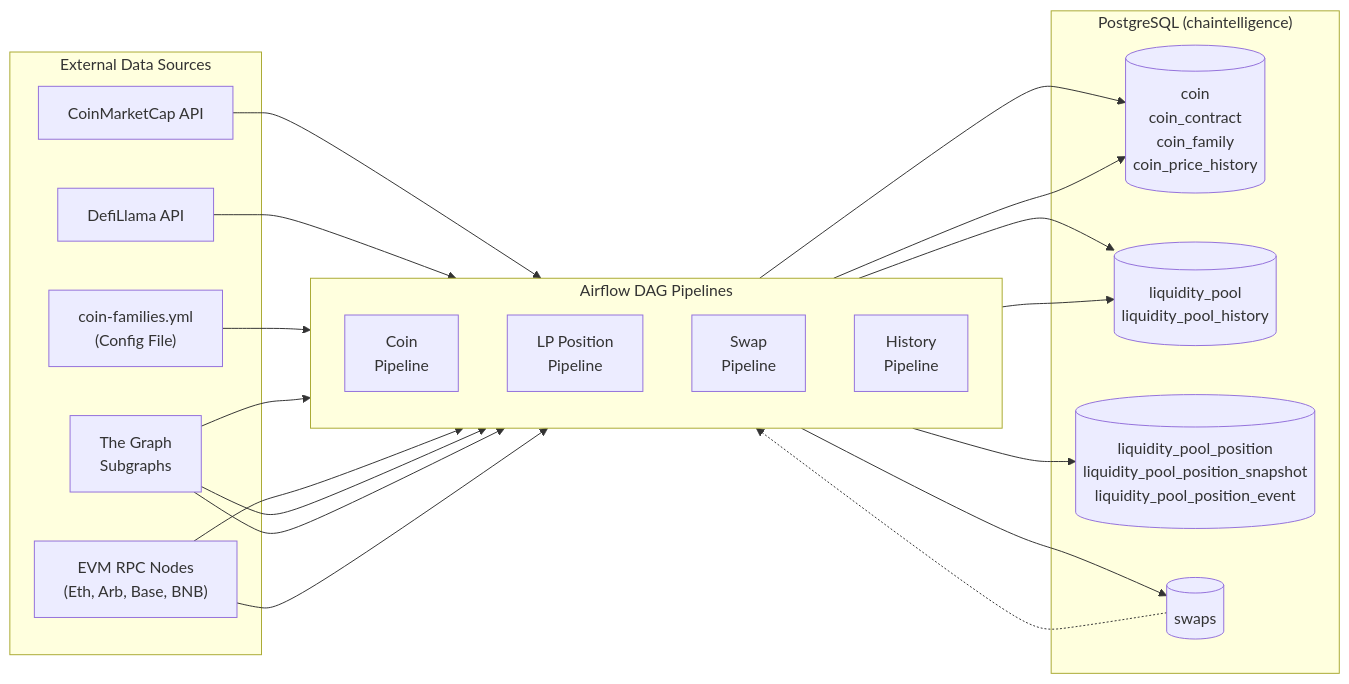
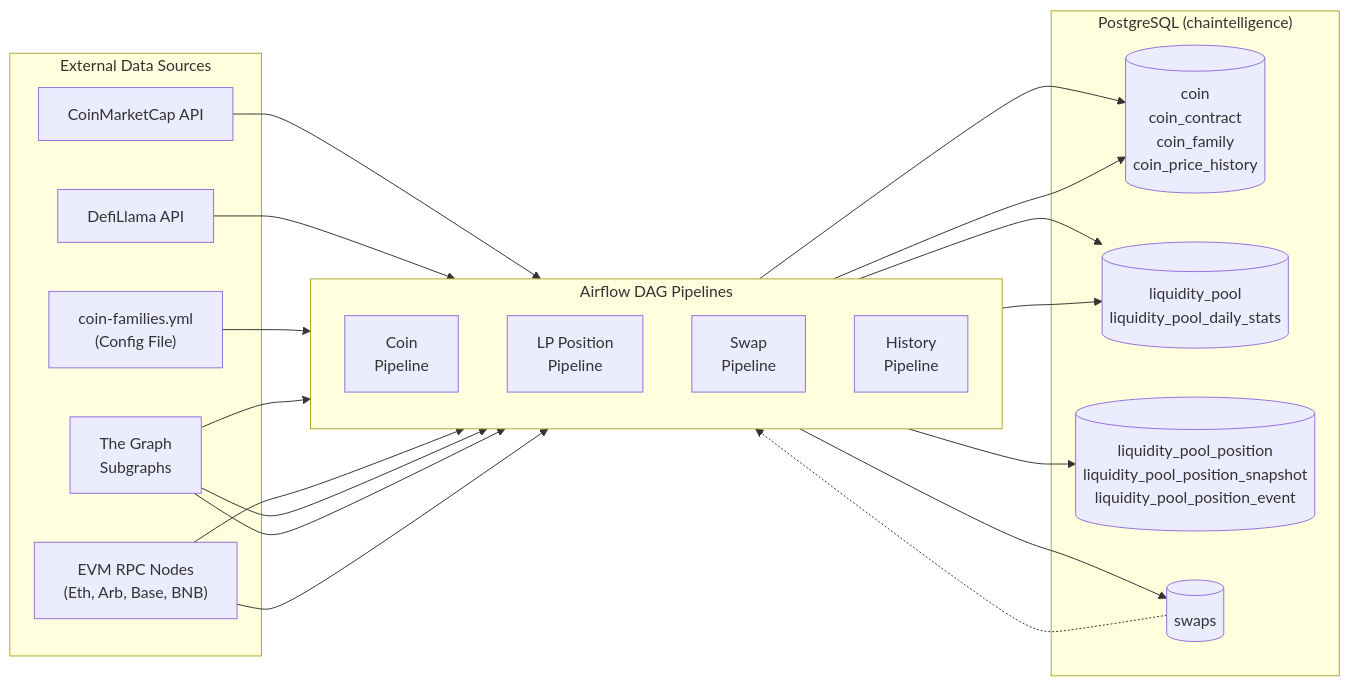
Before and after one commit to bekisz/chaintelligence: the first of 6 diagrams in chain-feeder/docs/DAGS.md, drawn with Mermaid. The commit also changed other lines of this file and 76 other files, not shown here.

Commit message:
feat: daily-stats window_stats/apr in object model, DAG renames to daily_stats, and routing refinements

````diff
--- a/chain-feeder/docs/DAGS.md
+++ b/chain-feeder/docs/DAGS.md
@@ -7,44 +7,44 @@
 ```mermaid
 graph LR
     subgraph External["External Data Sources"]
         CMC["CoinMarketCap API"]
         DL["DefiLlama API"]
         GRF["The Graph<br/>Subgraphs"]
         RPC["EVM RPC Nodes<br/>(Eth, Arb, Base, BNB)"]
         YAML["coin-families.yml<br/>(Config File)"]
     end
 
     subgraph Pipelines["Airflow DAG Pipelines"]
         direction TB
         COIN["Coin<br/>Pipeline"]
         LP["LP Position<br/>Pipeline"]
         SWAP["Swap<br/>Pipeline"]
         HIST["History<br/>Pipeline"]
     end
 
     subgraph DB["PostgreSQL (chaintelligence)"]
         CT[("coin<br/>coin_contract<br/>coin_family<br/>coin_price_history")]
-        LPT[("liquidity_pool<br/>liquidity_pool_history")]
+        LPT[("liquidity_pool<br/>liquidity_pool_daily_stats")]
         POS[("liquidity_pool_position<br/>liquidity_pool_position_snapshot<br/>liquidity_pool_position_event")]
         SW[("swaps")]
     end
 
     CMC --> COIN
     DL --> COIN
     YAML --> COIN
     COIN --> CT
 
     GRF --> LP
     RPC --> LP
     LP --> CT
     LP --> LPT
     LP --> POS
 
     GRF --> SWAP
     SWAP --> SW
 
     GRF --> HIST
     SW -.-> HIST
     RPC --> HIST
     HIST --> LPT
 ```
````
